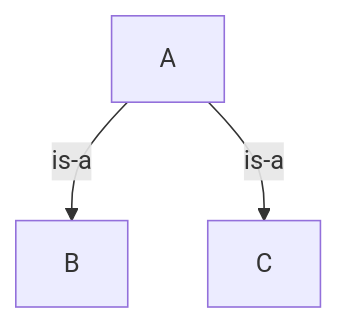
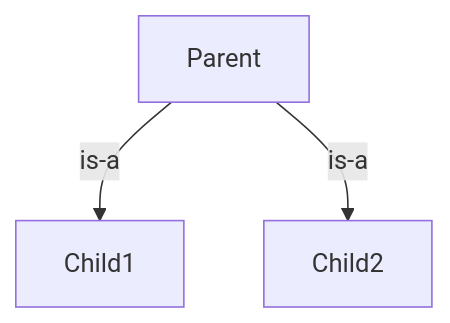
The third of 5 diagrams in TypesOfInheritance.md (chanduujjina/JSE_Practice_2025_B1), drawn with Mermaid before and after one commit. The commit also changed other lines of this file, not shown here.

````diff
--- a/TypesOfInheritance.md
+++ b/TypesOfInheritance.md
@@ -22,6 +22,6 @@
 ```mermaid
 graph TD;
-    A-->|is-a|B;
-    A-->|is-a|C
+    Parent-->|is-a|Child1;
+    Parent-->|is-a|Child2
     
 ```
````
